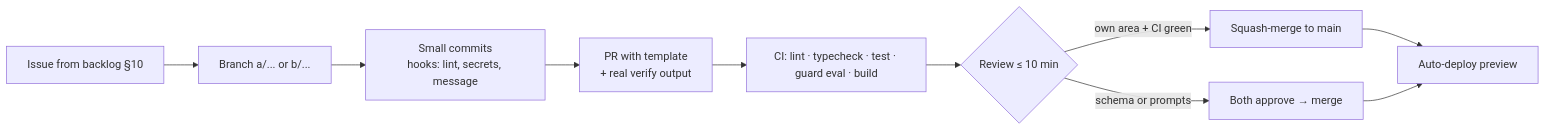
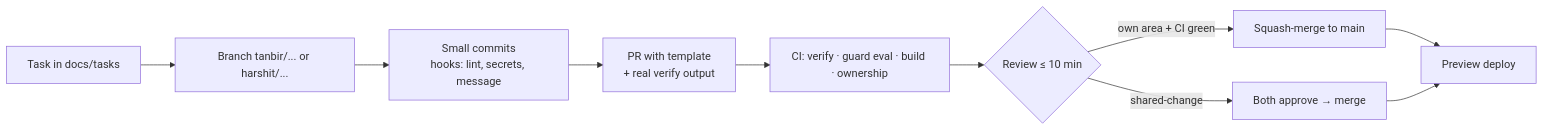
One commit to TanbirRamim/elevenlabs-agent changed the second of 3 diagrams in docs/IMPLEMENTATION_PLAN.md. Above: the diagram before and after it, drawn with Mermaid. The commit also changed other lines of this file and 41 other files, not shown here.

First line of the commit message:
chore(repo): split work between Tanbir and Harshit with enforced ownership (#1)

````diff
--- a/docs/IMPLEMENTATION_PLAN.md
+++ b/docs/IMPLEMENTATION_PLAN.md
@@ -346,12 +350,12 @@
 ```mermaid
 flowchart LR
-  I[Issue from backlog §10] --> B[Branch a/... or b/...]
+  I[Task in docs/tasks] --> B[Branch tanbir/... or harshit/...]
   B --> C[Small commits<br/>hooks: lint, secrets, message]
   C --> P[PR with template<br/>+ real verify output]
-  P --> CI[CI: lint · typecheck · test · guard eval · build]
+  P --> CI[CI: verify · guard eval · build · ownership]
   CI --> R{Review ≤ 10 min}
   R -->|own area + CI green| M[Squash-merge to main]
-  R -->|schema or prompts| M2[Both approve → merge]
-  M --> D[Auto-deploy preview]
+  R -->|shared-change| M2[Both approve → merge]
+  M --> D[Preview deploy]
   M2 --> D
 ```
````
